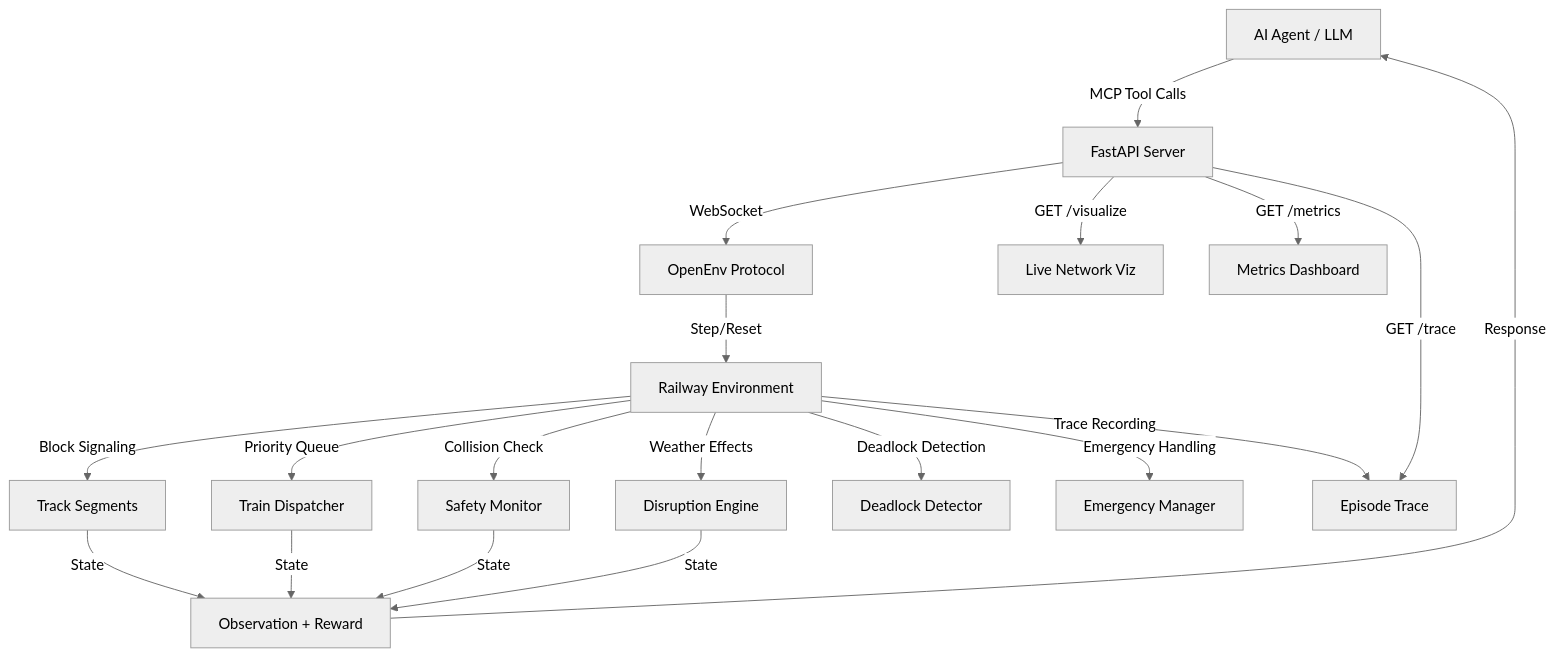
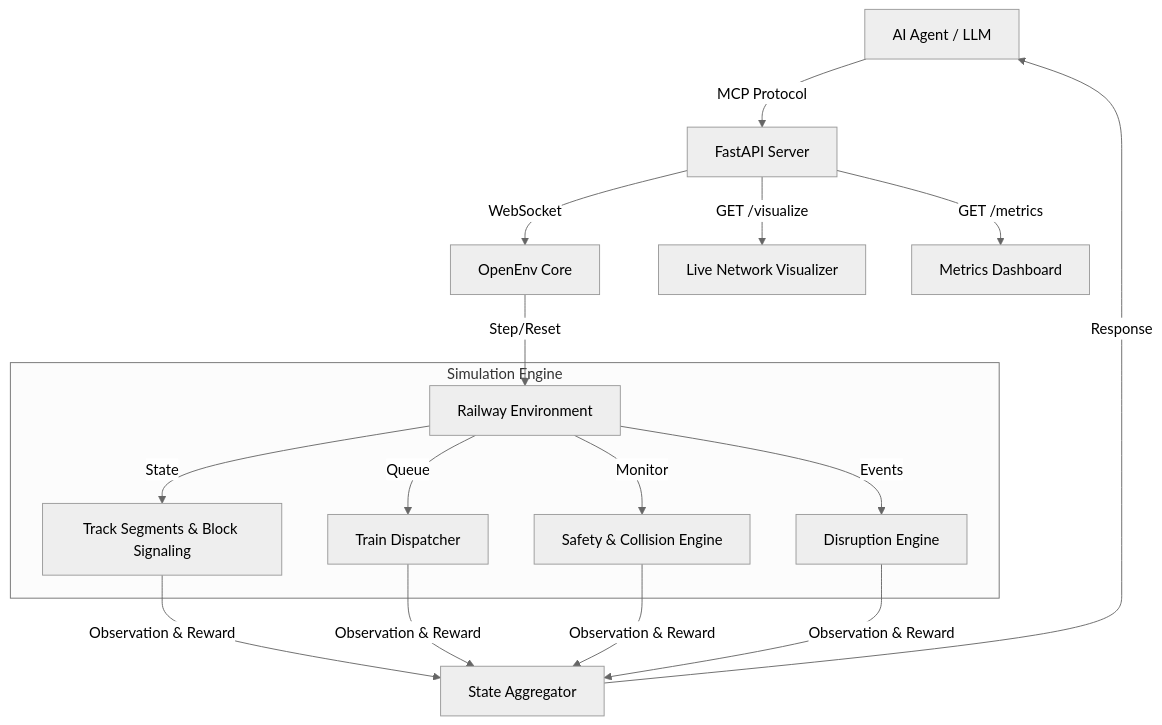
The diagram in README.md (HoneyBadger-010/railway_controller_gym_env), drawn with Mermaid (neutral theme) before and after one commit. The commit also changed other lines of this file, not shown here.

````diff
--- a/README.md
+++ b/README.md
@@ -300,18 +179,19 @@
 ```mermaid
 graph TB
-    A[AI Agent / LLM] -->|MCP Tool Calls| B[FastAPI Server]
-    B -->|WebSocket| C[OpenEnv Protocol]
+    A[AI Agent / LLM] -->|MCP Protocol| B[FastAPI Server]
+    B -->|WebSocket| C[OpenEnv Core]
     C -->|Step/Reset| D[Railway Environment]
-    D -->|Block Signaling| E[Track Segments]
-    D -->|Priority Queue| F[Train Dispatcher]
-    D -->|Collision Check| G[Safety Monitor]
-    D -->|Weather Effects| H[Disruption Engine]
-    D -->|Deadlock Detection| J[Deadlock Detector]
-    D -->|Emergency Handling| K[Emergency Manager]
-    D -->|Trace Recording| L[Episode Trace]
-    E & F & G & H -->|State| I[Observation + Reward]
+    
+    subgraph Simulation Engine
+    D -->|State| E[Track Segments & Block Signaling]
+    D -->|Queue| F[Train Dispatcher]
+    D -->|Monitor| G[Safety & Collision Engine]
+    D -->|Events| H[Disruption Engine]
+    end
+    
+    E & F & G & H -->|Observation & Reward| I[State Aggregator]
     I -->|Response| A
-    B -->|GET /visualize| M[Live Network Viz]
+    
+    B -->|GET /visualize| M[Live Network Visualizer]
     B -->|GET /metrics| N[Metrics Dashboard]
-    B -->|GET /trace| L
 ```
````
